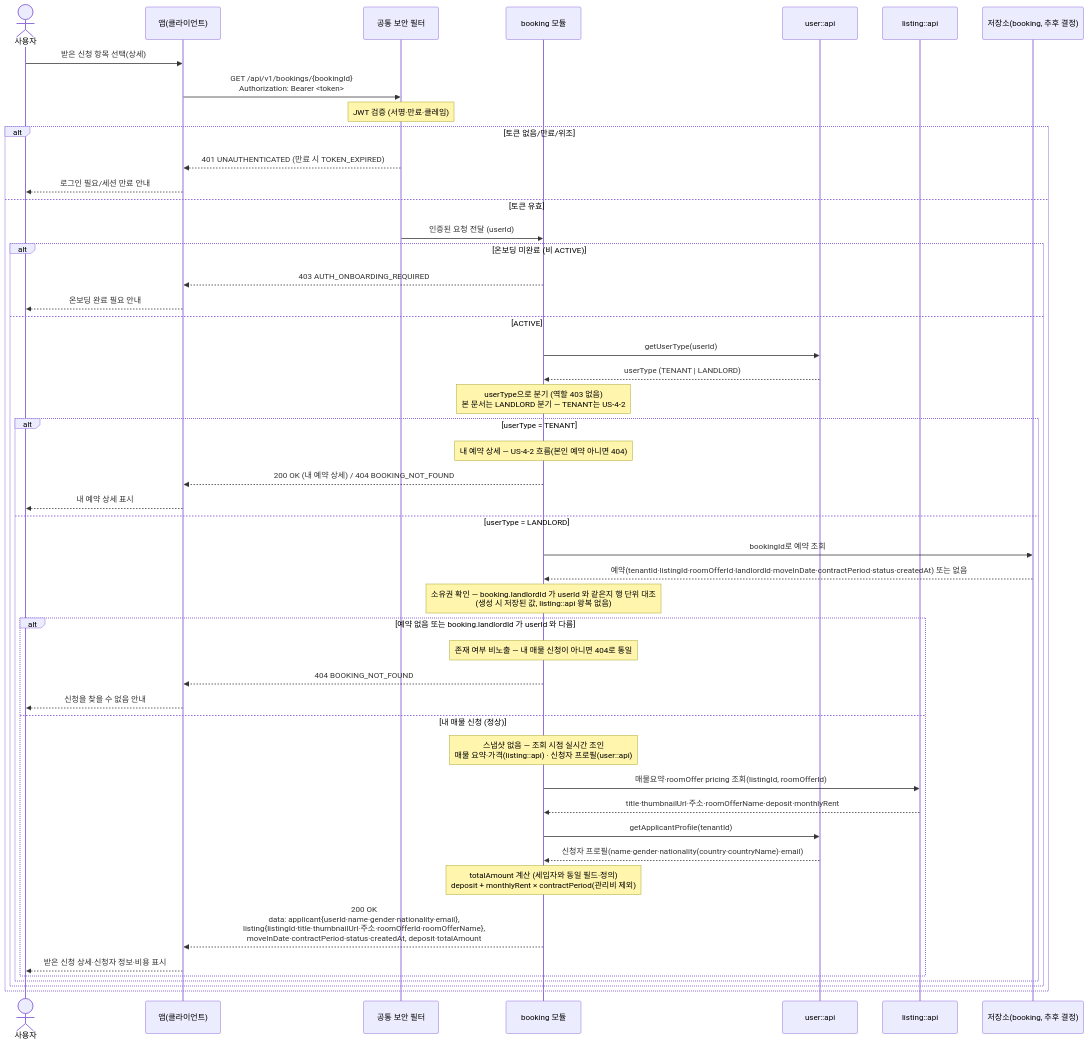
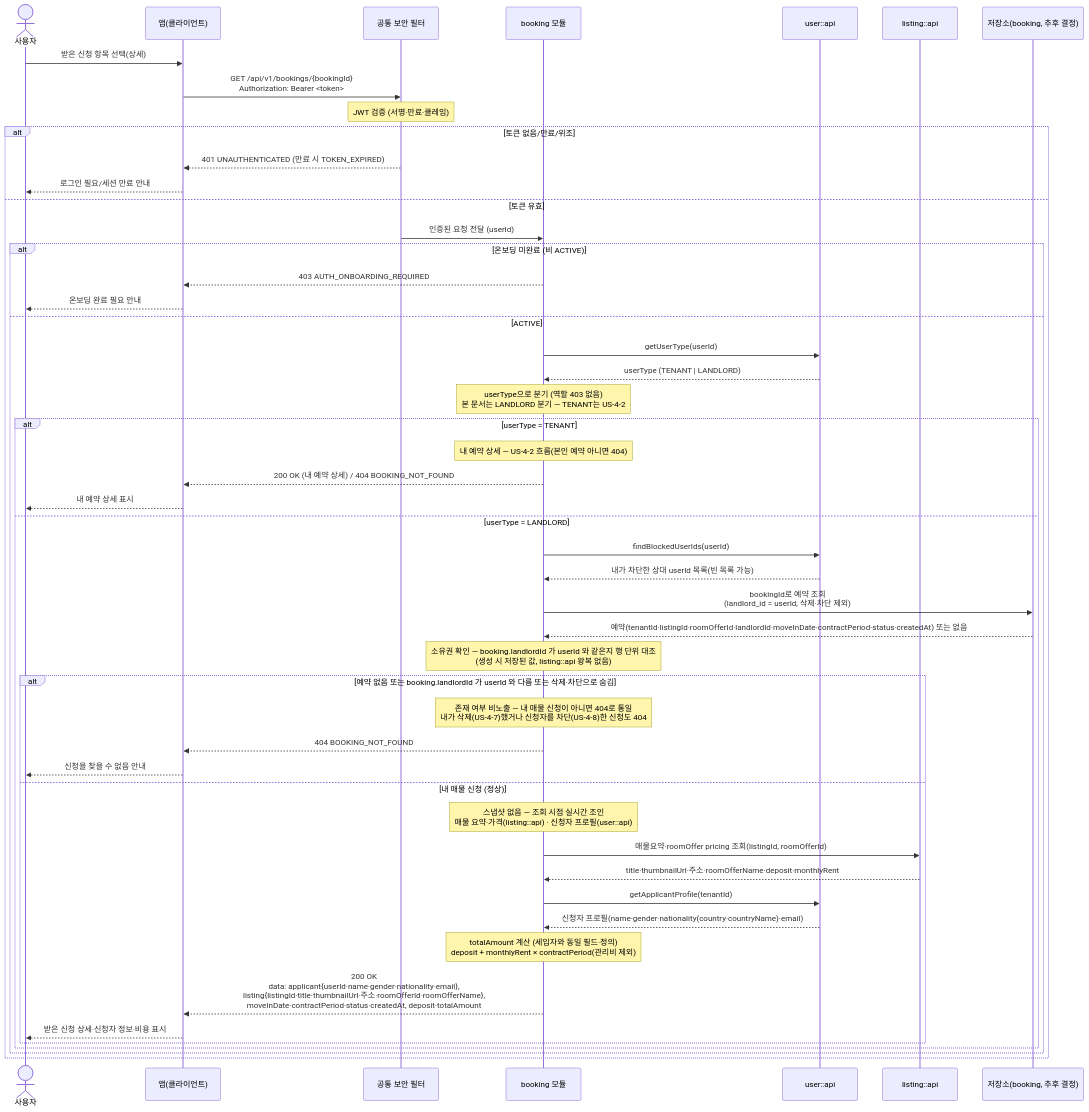
One commit to jameskim9509/Kohere-backend changed the second of 2 diagrams in docs/architecture/sequence-diagrams/04-booking-inquiry-chat/us-4-6-landlord-booking-retrieve.md. Above: the diagram before and after it, drawn with Mermaid. The commit also changed other lines of this file and 17 other files, not shown here.

````diff
--- a/docs/architecture/sequence-diagrams/04-booking-inquiry-chat/us-4-6-landlord-booking-retrieve.md
+++ b/docs/architecture/sequence-diagrams/04-booking-inquiry-chat/us-4-6-landlord-booking-retrieve.md
@@ -61,55 +63,57 @@
 ```mermaid
 sequenceDiagram
     actor U as 사용자
     participant C as 앱(클라이언트)
     participant SEC as 공통 보안 필터
     participant BOOK as booking 모듈
     participant USER as user::api
     participant LIST as listing::api
     participant XDB as 저장소(booking, 추후 결정)
 
     U->>C: 받은 신청 항목 선택(상세)
     C->>SEC: GET /api/v1/bookings/{bookingId}<br/>Authorization: Bearer <token>
     Note over SEC: JWT 검증 (서명·만료·클레임)
 
     alt 토큰 없음/만료/위조
         SEC-->>C: 401 UNAUTHENTICATED (만료 시 TOKEN_EXPIRED)
         C-->>U: 로그인 필요/세션 만료 안내
     else 토큰 유효
         SEC->>BOOK: 인증된 요청 전달 (userId)
 
         alt 온보딩 미완료 (비 ACTIVE)
             BOOK-->>C: 403 AUTH_ONBOARDING_REQUIRED
             C-->>U: 온보딩 완료 필요 안내
         else ACTIVE
             BOOK->>USER: getUserType(userId)
             USER-->>BOOK: userType (TENANT | LANDLORD)
             Note over BOOK: userType으로 분기 (역할 403 없음)<br/>본 문서는 LANDLORD 분기 — TENANT는 US-4-2
 
             alt userType = TENANT
                 Note over BOOK: 내 예약 상세 — US-4-2 흐름(본인 예약 아니면 404)
                 BOOK-->>C: 200 OK (내 예약 상세) / 404 BOOKING_NOT_FOUND
                 C-->>U: 내 예약 상세 표시
             else userType = LANDLORD
-                BOOK->>XDB: bookingId로 예약 조회
+                BOOK->>USER: findBlockedUserIds(userId)
+                USER-->>BOOK: 내가 차단한 상대 userId 목록(빈 목록 가능)
+                BOOK->>XDB: bookingId로 예약 조회<br/>(landlord_id = userId, 삭제·차단 제외)
                 XDB-->>BOOK: 예약(tenantId·listingId·roomOfferId·landlordId·moveInDate·contractPeriod·status·createdAt) 또는 없음
                 Note over BOOK: 소유권 확인 — booking.landlordId 가 userId 와 같은지 행 단위 대조<br/>(생성 시 저장된 값, listing::api 왕복 없음)
 
-                alt 예약 없음 또는 booking.landlordId 가 userId 와 다름
-                    Note over BOOK: 존재 여부 비노출 — 내 매물 신청이 아니면 404로 통일
+                alt 예약 없음 또는 booking.landlordId 가 userId 와 다름 또는 삭제·차단으로 숨김
+                    Note over BOOK: 존재 여부 비노출 — 내 매물 신청이 아니면 404로 통일<br/>내가 삭제(US-4-7)했거나 신청자를 차단(US-4-8)한 신청도 404
                     BOOK-->>C: 404 BOOKING_NOT_FOUND
                     C-->>U: 신청을 찾을 수 없음 안내
                 else 내 매물 신청 (정상)
                     Note over BOOK: 스냅샷 없음 — 조회 시점 실시간 조인<br/>매물 요약·가격(listing::api) · 신청자 프로필(user::api)
                     BOOK->>LIST: 매물요약·roomOffer pricing 조회(listingId, roomOfferId)
                     LIST-->>BOOK: title·thumbnailUrl·주소·roomOfferName·deposit·monthlyRent
                     BOOK->>USER: getApplicantProfile(tenantId)
                     USER-->>BOOK: 신청자 프로필(name·gender·nationality(country·countryName)·email)
                     Note over BOOK: totalAmount 계산 (세입자와 동일 필드·정의)<br/>deposit + monthlyRent × contractPeriod(관리비 제외)
                     BOOK-->>C: 200 OK<br/>data: applicant{userId·name·gender·nationality·email},<br/>listing{listingId·title·thumbnailUrl·주소·roomOfferId·roomOfferName},<br/>moveInDate·contractPeriod·status·createdAt, deposit·totalAmount
                     C-->>U: 받은 신청 상세·신청자 정보·비용 표시
                 end
             end
         end
     end
 ```
````
